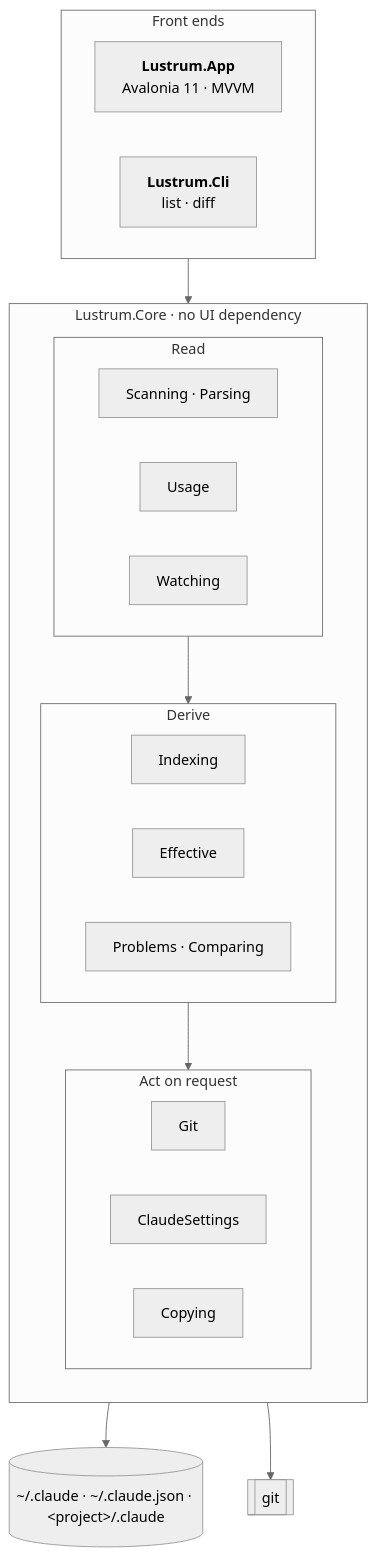
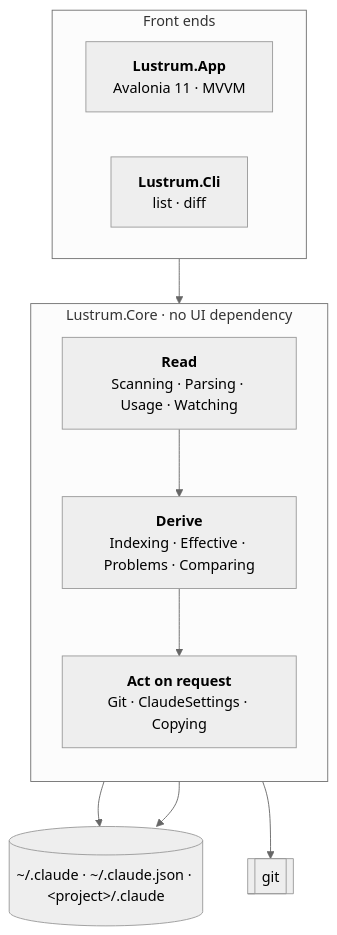
The first of 2 diagrams in README.md (sburdenko/lustrum), drawn with Mermaid (neutral theme) before and after one commit.

Commit message:
docs: compact layer diagram

````diff
--- a/README.md
+++ b/README.md
@@ -131,38 +131,24 @@
 ```mermaid
 flowchart TB
     subgraph front["Front ends"]
         direction LR
         app["<b>Lustrum.App</b><br/>Avalonia 11 · MVVM"]
         cli["<b>Lustrum.Cli</b><br/>list · diff"]
     end
 
     subgraph core["Lustrum.Core · no UI dependency"]
         direction TB
-        subgraph read["Read"]
-            direction LR
-            scanning["Scanning · Parsing"]
-            usage["Usage"]
-            watching["Watching"]
-        end
-        subgraph derive["Derive"]
-            direction LR
-            indexing["Indexing"]
-            effective["Effective"]
-            problems["Problems · Comparing"]
-        end
-        subgraph act["Act on request"]
-            direction LR
-            git["Git"]
-            claude["ClaudeSettings"]
-            copying["Copying"]
-        end
+        read["<b>Read</b><br/>Scanning · Parsing · Usage · Watching"]
+        derive["<b>Derive</b><br/>Indexing · Effective · Problems · Comparing"]
+        act["<b>Act on request</b><br/>Git · ClaudeSettings · Copying"]
         read --> derive --> act
     end
 
     disk[("~/.claude · ~/.claude.json · &lt;project&gt;/.claude")]
     gitcli[["git"]]
 
     front --> core
-    core --> disk
-    core --> gitcli
+    read --> disk
+    act --> disk
+    act --> gitcli
 ```
````
